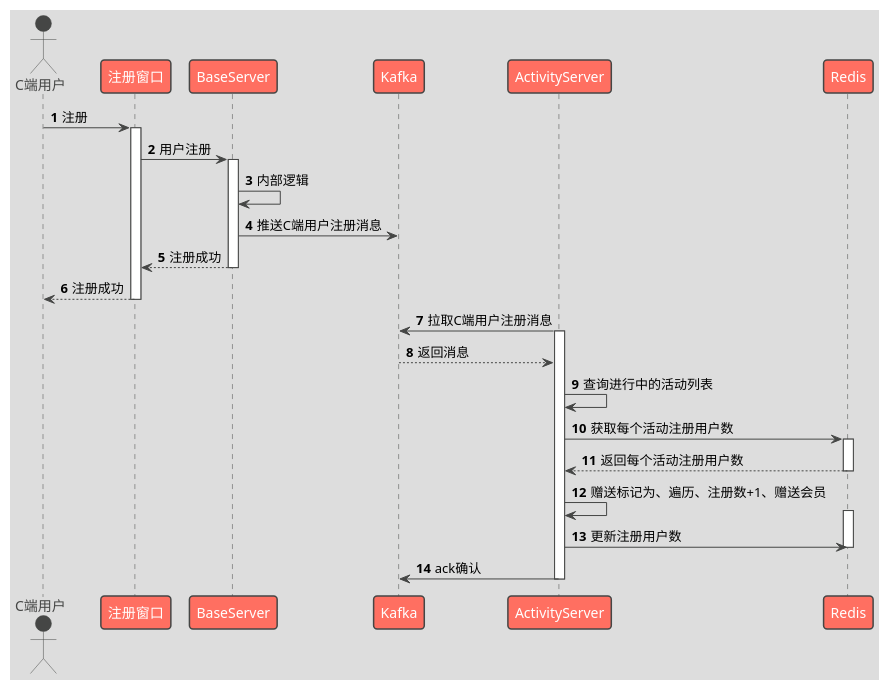
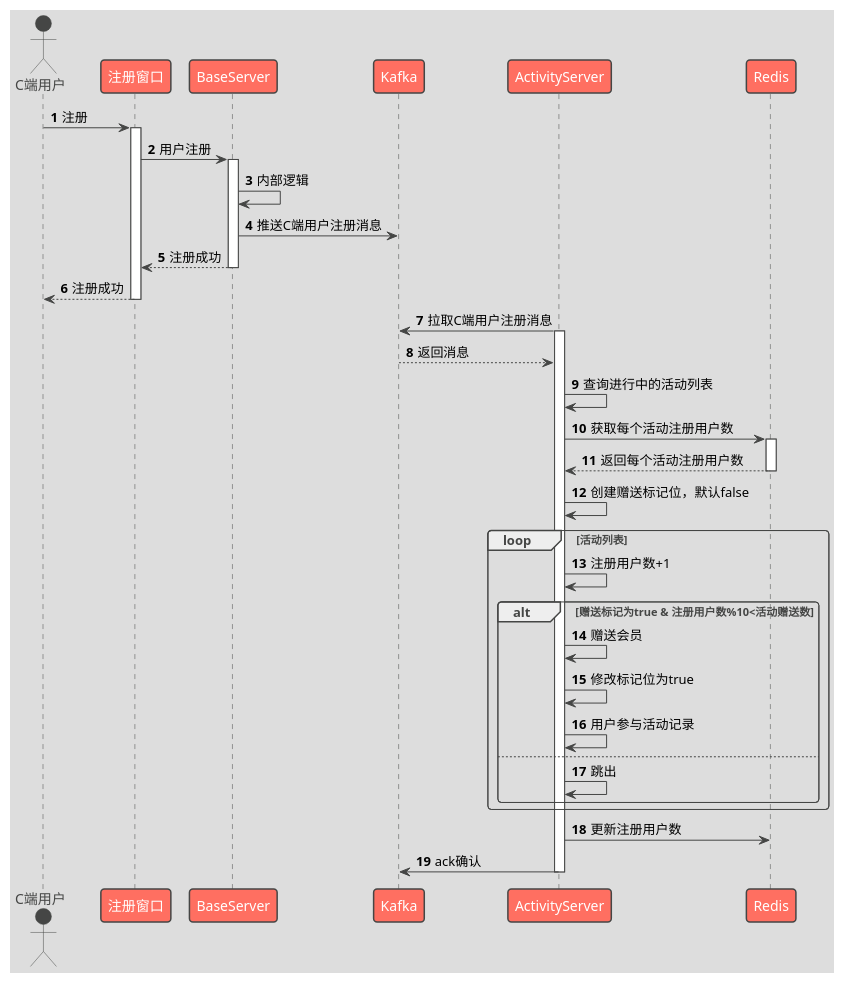
The diagram in demo_lean/src/main/resources/sequence/RegisterToSendMembers.puml (Awesome-GJK/LearningCodes), drawn with PlantUML before and after one commit. The commit also changed 4 other files, not shown here.

Commit message:
时序图

```diff
--- a/demo_lean/src/main/resources/sequence/RegisterToSendMembers.puml
+++ b/demo_lean/src/main/resources/sequence/RegisterToSendMembers.puml
@@ -1,33 +1,43 @@
 @startuml
 !theme toy
 'https://plantuml.com/sequence-diagram
 
 autonumber
 actor C端用户
 C端用户 -> 注册窗口 : 注册
 activate 注册窗口
 注册窗口 -> BaseServer:用户注册
 activate BaseServer
 BaseServer -> BaseServer: 内部逻辑
 BaseServer -> Kafka: 推送C端用户注册消息
 BaseServer --> 注册窗口: 注册成功
 deactivate BaseServer
 注册窗口 --> C端用户: 注册成功
 deactivate 注册窗口
 
 ActivityServer -> Kafka: 拉取C端用户注册消息
 activate ActivityServer
 Kafka --> ActivityServer: 返回消息
 ActivityServer -> ActivityServer: 查询进行中的活动列表
 ActivityServer -> Redis : 获取每个活动注册用户数
 activate Redis
 Redis --> ActivityServer: 返回每个活动注册用户数
 deactivate Redis
-ActivityServer -> ActivityServer: 赠送标记为、遍历、注册数+1、赠送会员
+ActivityServer -> ActivityServer: 创建赠送标记位，默认false
+loop 活动列表
+ActivityServer -> ActivityServer: 注册用户数+1
+alt 赠送标记为true & 注册用户数%10<活动赠送数
+ActivityServer -> ActivityServer: 赠送会员
+ActivityServer -> ActivityServer: 修改标记位为true
+ActivityServer -> ActivityServer: 用户参与活动记录
+else
+ActivityServer -> ActivityServer: 跳出
+end
+end
 activate Redis
 ActivityServer -> Redis: 更新注册用户数
 deactivate Redis
 ActivityServer -> Kafka: ack确认
 deactivate ActivityServer
 
 @enduml
```
